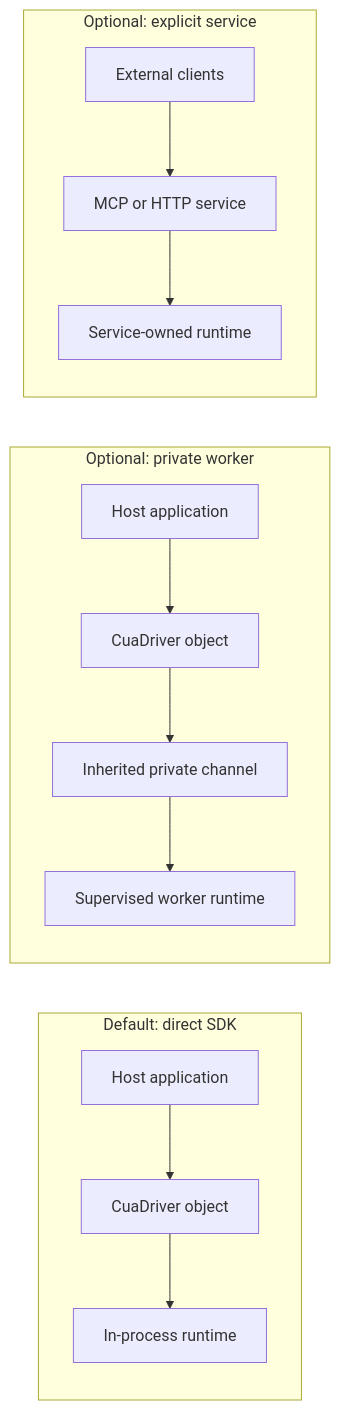
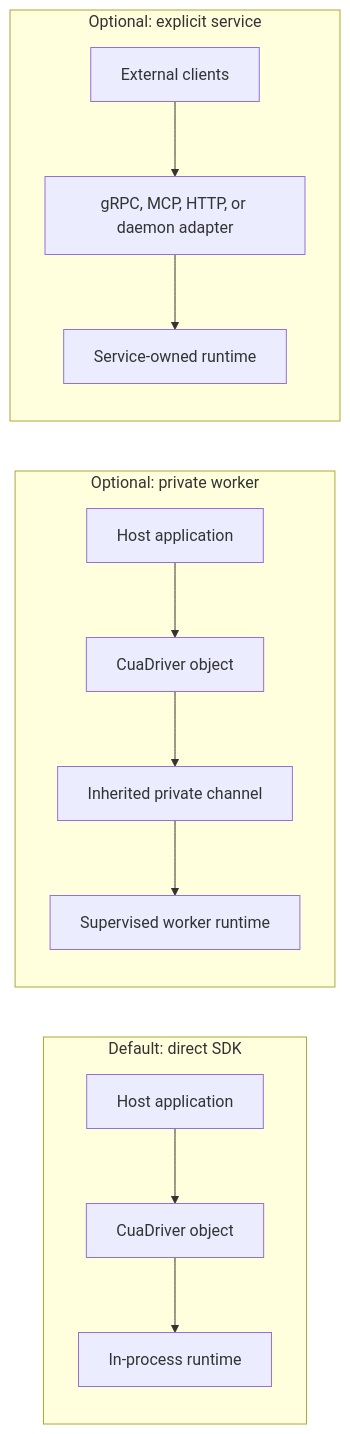
One commit to trycua/cua changed the second of 9 diagrams in libs/cua-driver/docs/sdk-first-runtime-north-star.md. Above: the diagram before and after it, drawn with Mermaid. The commit also changed other lines of this file and 1 other file, not shown here.

````diff
--- a/libs/cua-driver/docs/sdk-first-runtime-north-star.md
+++ b/libs/cua-driver/docs/sdk-first-runtime-north-star.md
@@ -70,24 +73,24 @@
 ```mermaid
 flowchart LR
     subgraph Direct["Default: direct SDK"]
         DAPP["Host application"]
         DSDK["CuaDriver object"]
         DRUNTIME["In-process runtime"]
         DAPP --> DSDK --> DRUNTIME
     end
 
     subgraph Worker["Optional: private worker"]
         WAPP["Host application"]
         WSDK["CuaDriver object"]
         CHANNEL["Inherited private channel"]
         WRUNTIME["Supervised worker runtime"]
         WAPP --> WSDK --> CHANNEL --> WRUNTIME
     end
 
     subgraph Service["Optional: explicit service"]
         CLIENTS["External clients"]
-        ADAPTER["MCP or HTTP service"]
+        ADAPTER["gRPC, MCP, HTTP, or daemon adapter"]
         SRUNTIME["Service-owned runtime"]
         CLIENTS --> ADAPTER --> SRUNTIME
     end
 ```
````
